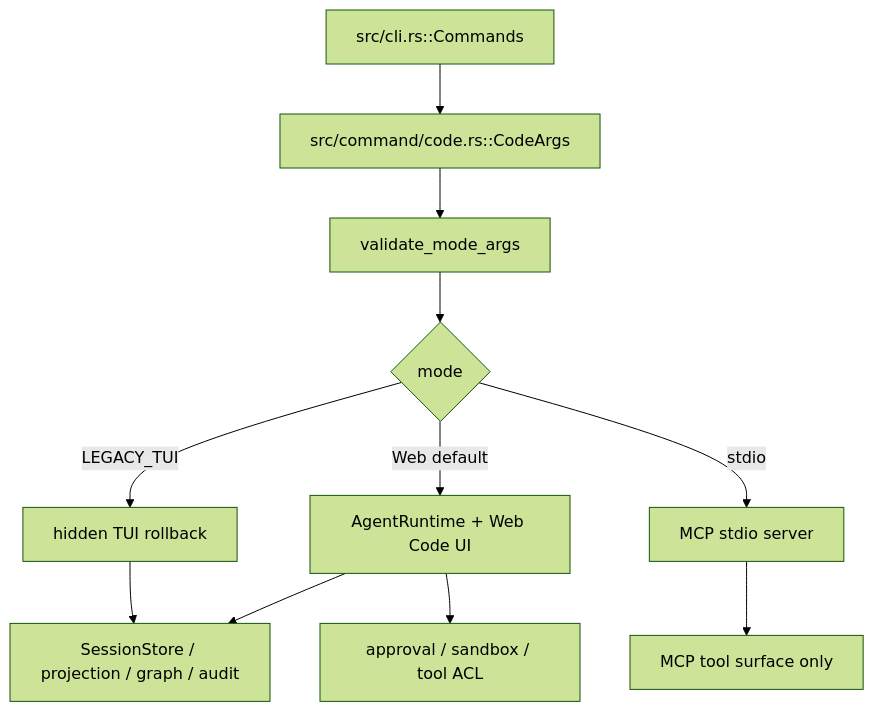
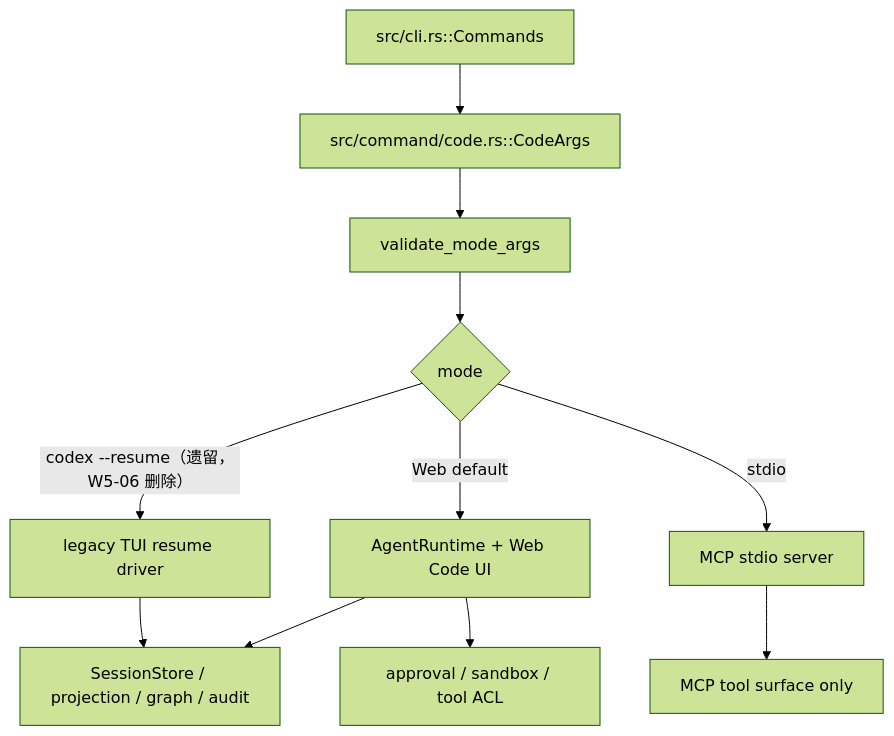
The diagram in docs/development/tracing/code.md (jjl9807/libra), drawn with Mermaid (forest theme) before and after one commit. The commit also changed other lines of this file and 29 other files, not shown here.

First line of the commit message:
feat(code)!: remove --web/--web-only aliases and LIBRA_CODE_LEGACY_TUI (W5-07)

````diff
--- a/docs/development/tracing/code.md
+++ b/docs/development/tracing/code.md
@@ -30,13 +30,13 @@
 ```mermaid
 flowchart TD
     A["src/cli.rs::Commands"] --> B["src/command/code.rs::CodeArgs"]
     B --> C["validate_mode_args"]
     C --> D{"mode"}
     D -->|"Web default"| E["AgentRuntime + Web Code UI"]
-    D -->|"LEGACY_TUI"| F["hidden TUI rollback"]
+    D -->|"codex --resume（遗留，W5-06 删除）"| F["legacy TUI resume driver"]
     D -->|"stdio"| G["MCP stdio server"]
     E --> H["SessionStore / projection / graph / audit"]
     F --> H
     G --> I["MCP tool surface only"]
     E --> J["approval / sandbox / tool ACL"]
 ```
````
